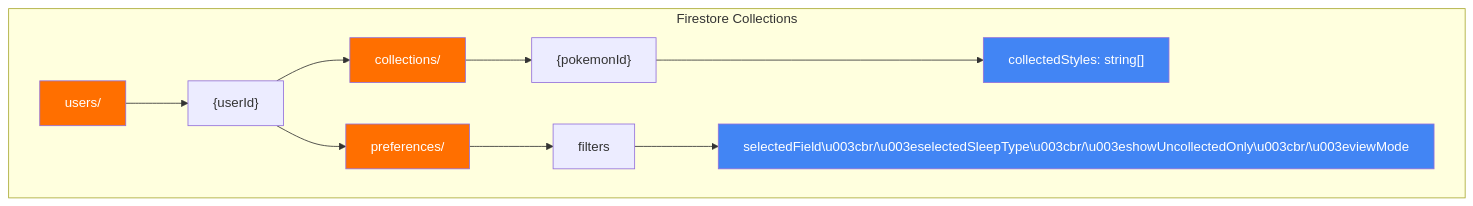
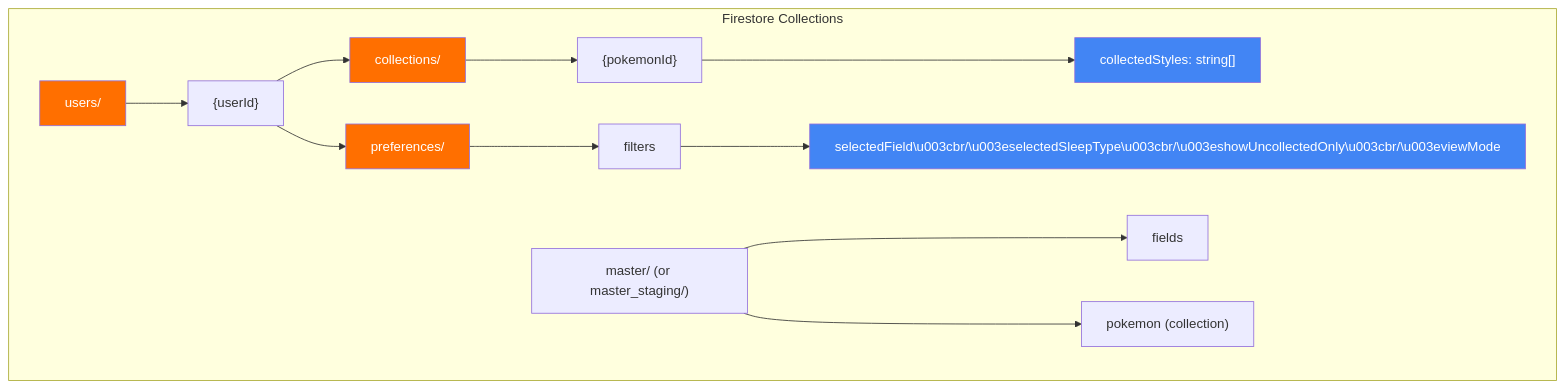
The sixth of 13 diagrams in docs/3_architecture.md (Kujo-n/pokesleepfaces), drawn with Mermaid before and after one commit. The commit also changed other lines of this file and 6 other files, not shown here.

````diff
--- a/docs/3_architecture.md
+++ b/docs/3_architecture.md
@@ -162,28 +165,34 @@
 ```mermaid
 graph TB
     subgraph "Firestore Collections"
         Users[users/]
         UserDoc["{userId}"]
         Collections[collections/]
         PokemonDoc["{pokemonId}"]
         Data["collectedStyles: string[]"]
         
         Preferences[preferences/]
         FiltersDoc["filters"]
         FilterData["selectedField\u003cbr/\u003eselectedSleepType\u003cbr/\u003eshowUncollectedOnly\u003cbr/\u003eviewMode"]
+        
+        Master["master/ (or master_staging/)"]
+        MasterFields["fields"]
+        MasterPokemon["pokemon (collection)"]
     end
     
     Users --> UserDoc
     UserDoc --> Collections
     UserDoc --> Preferences
     Collections --> PokemonDoc
     PokemonDoc --> Data
     Preferences --> FiltersDoc
     FiltersDoc --> FilterData
+    Master --> MasterFields
+    Master --> MasterPokemon
     
     style Users fill:#ff6f00,color:#fff
     style Collections fill:#ff6f00,color:#fff
     style Data fill:#4285f4,color:#fff
     style Preferences fill:#ff6f00,color:#fff
     style FilterData fill:#4285f4,color:#fff
 ```
````
